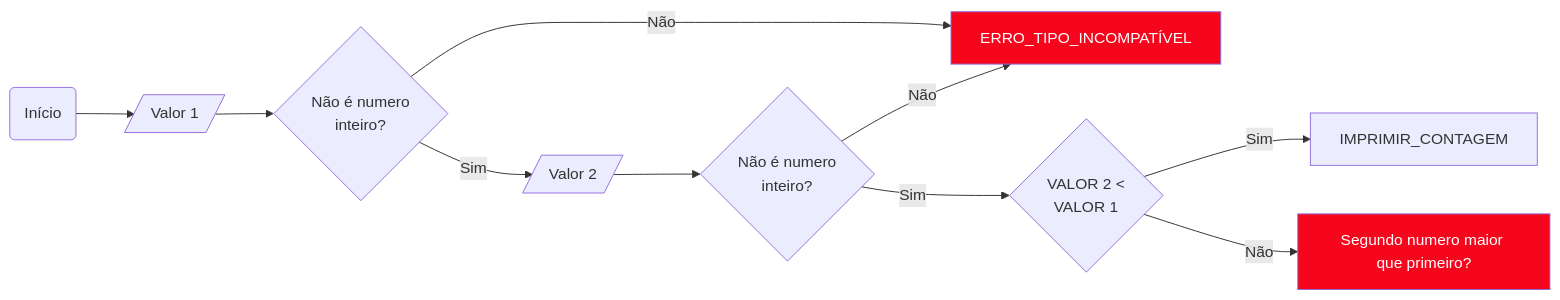
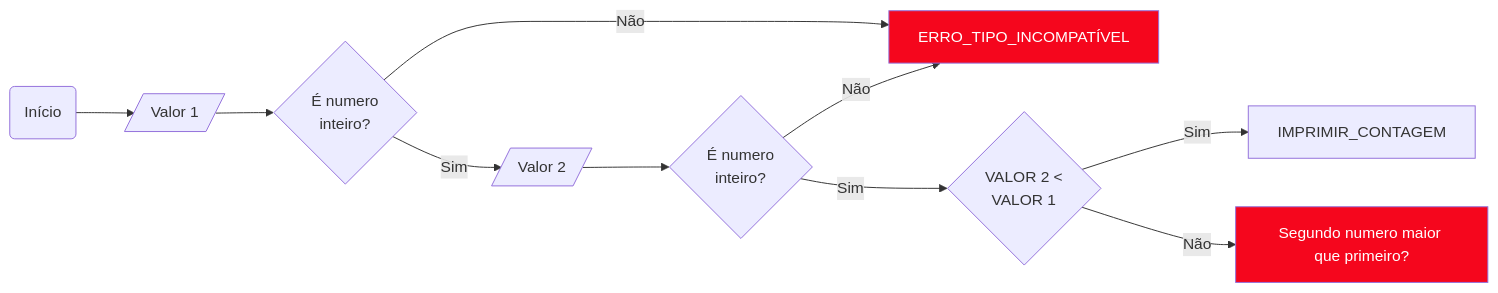
One commit to AlysonDEV/dio-java-challenge-controle-de-fluxo changed the diagram in README.md. Above: the diagram before and after it, drawn with Mermaid.

Commit message:
Update README.md
Correção de texto para condicional

````diff
--- a/README.md
+++ b/README.md
@@ -8,24 +8,24 @@
 ```mermaid
 flowchart LR
     INÍCIO(Início) --> VALOR1
     VALOR1 --> CONDICIONAL2
     CONDICIONAL2 --> |Sim| VALOR2
     CONDICIONAL2 --> |Não| ERRO_TIPO_INCOMPATÍVEL
     VALOR2 --> CONDICIONAL3
     CONDICIONAL3 --> |Sim| CONDICIONAL1
     CONDICIONAL3 --> |Não| ERRO_TIPO_INCOMPATÍVEL
 
     CONDICIONAL1 --> |Sim| IMPRIMIR_CONTAGEM
     CONDICIONAL1 --> |Não| ERRO_NUMERO_MENOR
 
 VALOR1[/Valor 1/]
 VALOR2[/Valor 2/]
 CONDICIONAL1{VALOR 2 <\n VALOR 1}
-CONDICIONAL2{Não é numero \n inteiro?}
-CONDICIONAL3{Não é numero \n inteiro?}
+CONDICIONAL2{É numero \n inteiro?}
+CONDICIONAL3{É numero \n inteiro?}
 ERRO_NUMERO_MENOR[Segundo numero maior que primeiro?]:::erro
 ERRO_TIPO_INCOMPATÍVEL:::erro
 
 classDef erro fill:#f5061d,color:#fff
 
 ```
````
